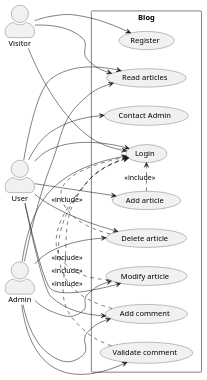
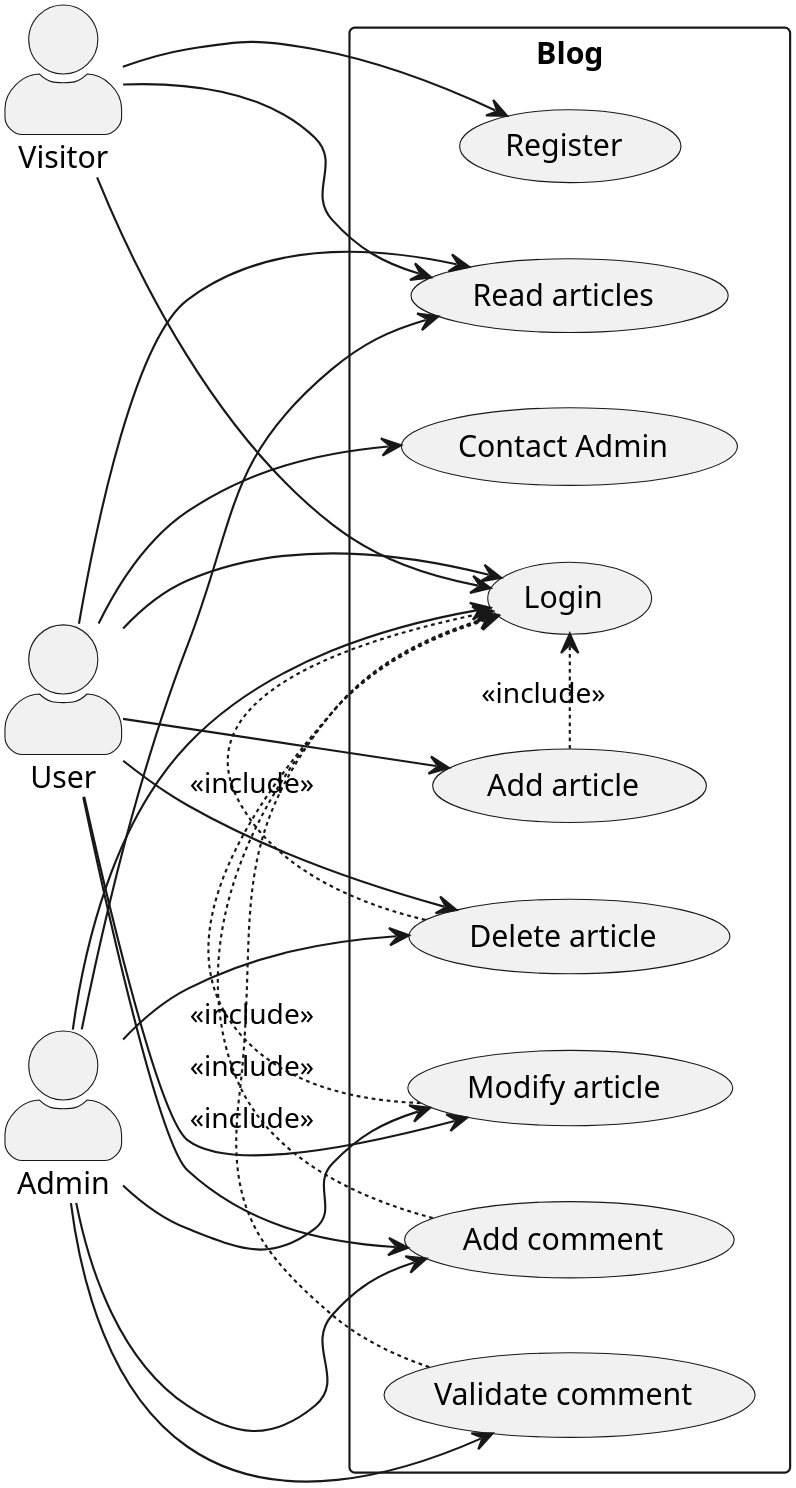
The diagram in schémas/cas utilisation/cas_utilisation.puml (Waarrez/Blog-PHP-Projet-Openclassrooms), drawn with PlantUML before and after one commit. The commit also changed 8 other files, not shown here.

```diff
--- a/schémas/cas utilisation/cas_utilisation.puml
+++ b/schémas/cas utilisation/cas_utilisation.puml
@@ -1,47 +1,52 @@
 @startuml
 
 left to right direction
 skinparam actorStyle awesome
+scale 2000 width
 
 actor "Visitor" as Visitor
 actor "User" as User
 actor "Admin" as Admin
 
 rectangle Blog {
     usecase "Read articles" as U1
     usecase "Register" as U2
     usecase "Login" as U3
     usecase "Add comment" as U4
     usecase "Validate comment" as U7
     usecase "Contact Admin" as U8
     usecase "Add article" as U5
     usecase "Modify article" as U6
     usecase "Delete article" as U9
 }
 
 Visitor --> U1
 Visitor --> U2
 Visitor --> U3
 
 User --> U1
 User --> U3
 User --> U4
 User --> U5
 User --> U6
 User --> U8
 User --> U9
 
 Admin --> U1
 Admin --> U3
 Admin --> U4
 Admin --> U6
 Admin --> U7
 Admin --> U9
 
 U4 .> U3 : << include >>
+
 U7 .> U3 : << include >>
+
 U5 .> U3 : << include >>
+
 U6 .> U3 : << include >>
+
 U9 .> U3 : << include >>
 
 @enduml
```
